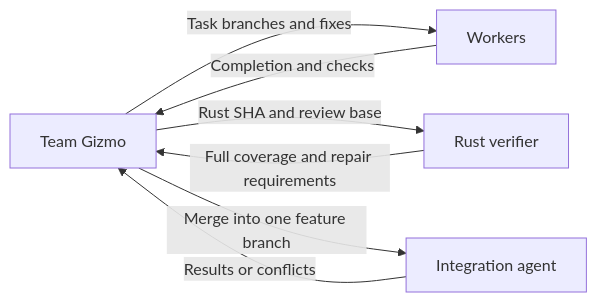
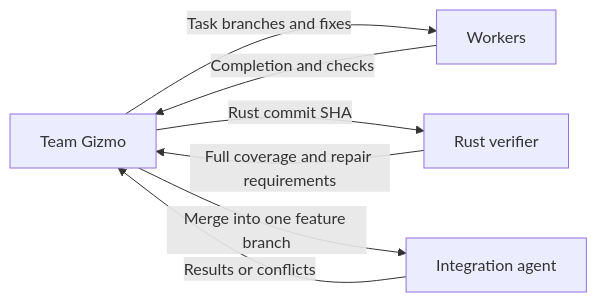
Before and after one commit to ai-ai-ai-ai-ai-ai-ai/meta-cortex: the diagram in cortex/teams/gizmo-team/agents/gizmo/AGENTS.md, drawn with Mermaid. The commit also changed other lines of this file and 3 other files, not shown here.

Commit message:
Require explicit commit SHA and simplify Rust verification scope

````diff
--- a/cortex/teams/gizmo-team/agents/gizmo/AGENTS.md
+++ b/cortex/teams/gizmo-team/agents/gizmo/AGENTS.md
@@ -77,9 +77,9 @@
 ```mermaid
 flowchart LR
     G[Team Gizmo] -->|Task branches and fixes| W[Workers]
     W -->|Completion and checks| G
-    G -->|Rust SHA and review base| V[Rust verifier]
+    G -->|Rust commit SHA| V[Rust verifier]
     V -->|Full coverage and repair requirements| G
     G -->|Merge into one feature branch| I[Integration agent]
     I -->|Results or conflicts| G
 ```
````
